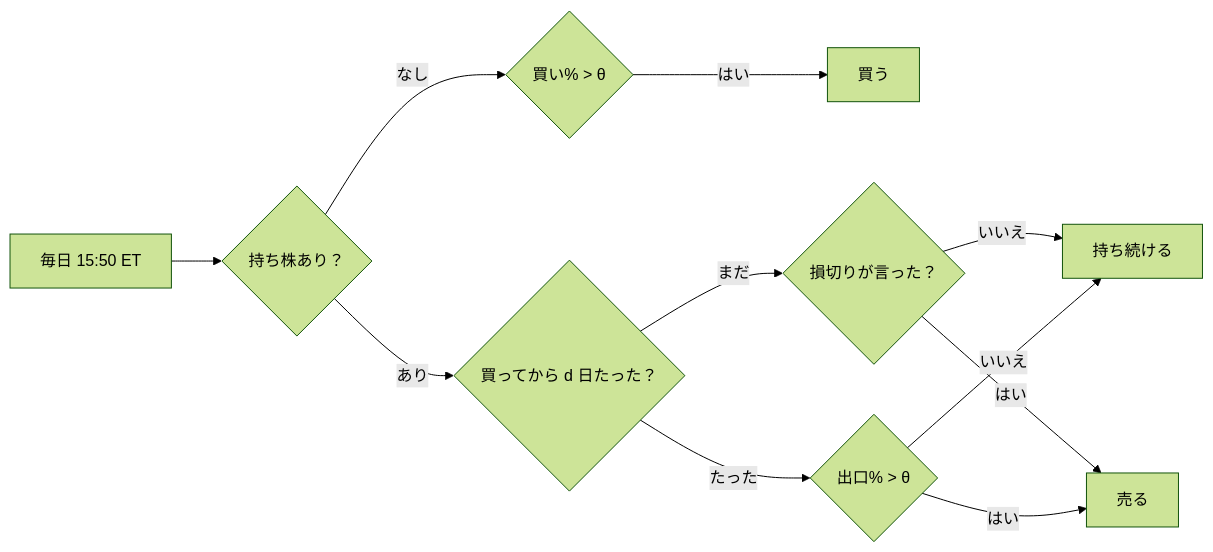
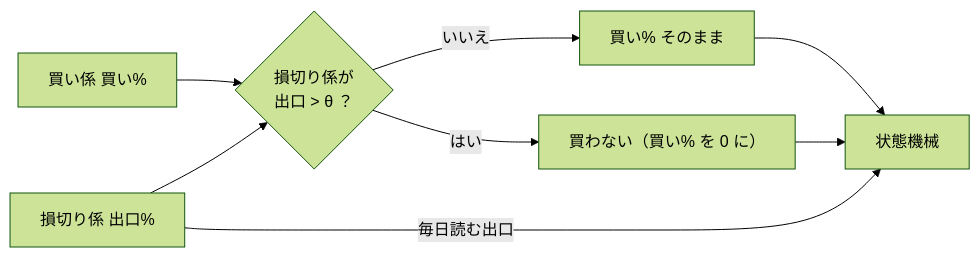
Before and after one commit to akiraak/ai-income-lab: the third of 5 diagrams in docs/plans/trader-model-roles.md, drawn with Mermaid (forest theme). The commit also changed other lines of this file and 18 other files, not shown here.

````diff
--- a/docs/plans/trader-model-roles.md
+++ b/docs/plans/trader-model-roles.md
@@ -128,13 +106,10 @@
 ```mermaid
 flowchart LR
-  D["毎日 15:50 ET"] --> P{"持ち株あり？"}
-  P -->|"なし"| B{"買い% > θ"}
-  B -->|"はい"| BUY["買う"]
-  P -->|"あり"| H{"買ってから d 日たった？"}
-  H -->|"まだ"| ST{"損切りが言った？"}
-  ST -->|"いいえ"| KEEP["持ち続ける"]
-  ST -->|"はい"| SELL["売る"]
-  H -->|"たった"| E{"出口% > θ"}
-  E -->|"はい"| SELL
-  E -->|"いいえ"| KEEP
+  B["買い係 買い%"] --> G{"損切り係が<br/>出口 > θ ？"}
+  G -->|"いいえ"| BUY["買い% そのまま"]
+  G -->|"はい"| NO["買わない（買い% を 0 に）"]
+  S["損切り係 出口%"] --> G
+  S -->|"毎日読む出口"| SM["状態機械"]
+  BUY --> SM
+  NO --> SM
 ```
````
